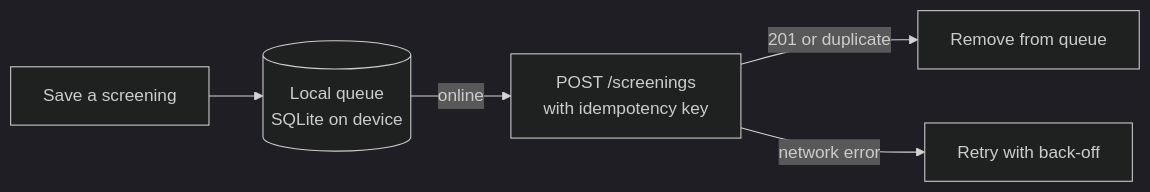
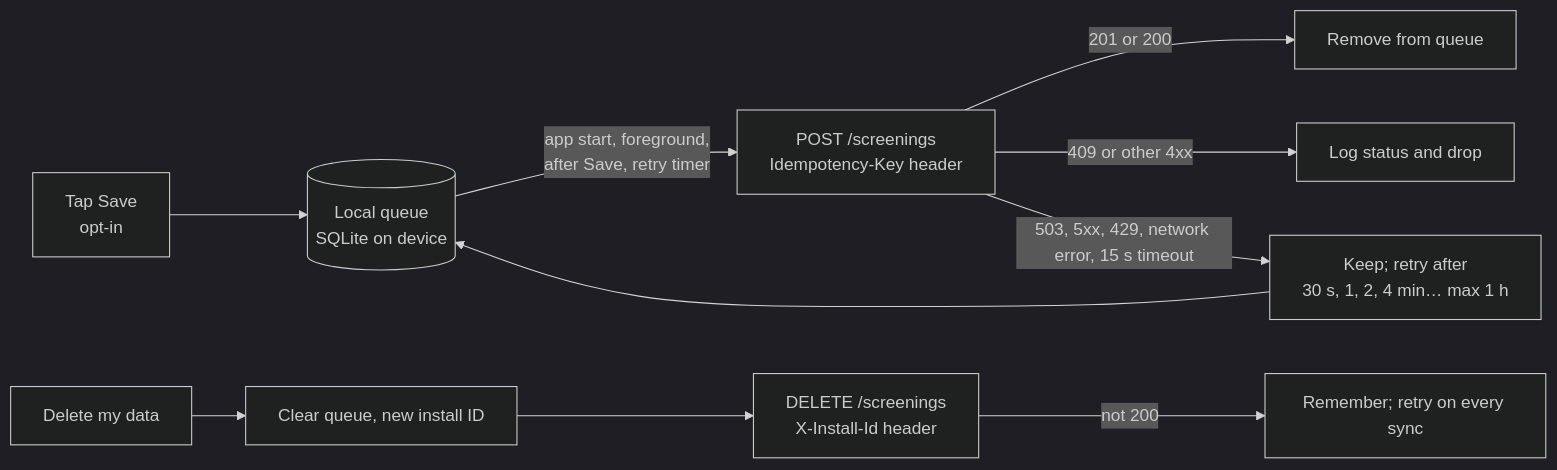
One commit to Zakuroooo/SchemeMatch changed the sixth of 7 diagrams in docs/ARCHITECTURE.md. Above: the diagram before and after it, drawn with Mermaid (dark theme). The commit also changed other lines of this file and 3 other files, not shown here.

Commit message:
docs: saved screenings in PROGRESS step 20, STORY chapter 16, privacy and sync diagrams; fix stale status lines

````diff
--- a/docs/ARCHITECTURE.md
+++ b/docs/ARCHITECTURE.md
@@ -153,7 +153,12 @@
 ```mermaid
 flowchart LR
-    A[Save a screening] --> Q[(Local queue<br/>SQLite on device)]
-    Q -->|online| S[POST /screenings<br/>with idempotency key]
-    S -->|201 or duplicate| D[Remove from queue]
-    S -->|network error| B[Retry with back-off]
+    A[Tap Save<br/>opt-in] --> Q[(Local queue<br/>SQLite on device)]
+    Q -->|app start, foreground,<br/>after Save, retry timer| S[POST /screenings<br/>Idempotency-Key header]
+    S -->|201 or 200| D[Remove from queue]
+    S -->|409 or other 4xx| X[Log status and drop]
+    S -->|503, 5xx, 429, network error, 15 s timeout| B[Keep; retry after<br/>30 s, 1, 2, 4 min… max 1 h]
+    B --> Q
+    DEL[Delete my data] --> C[Clear queue, new install ID]
+    C --> R[DELETE /screenings<br/>X-Install-Id header]
+    R -->|not 200| P[Remember; retry on every sync]
 ```
````
